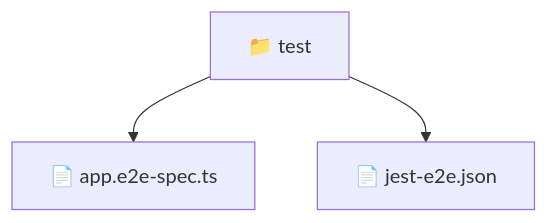
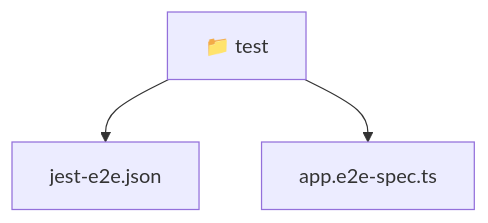
The diagram in backend/test/README.md (beginwebdev2002/fullstack-mavluda), drawn with Mermaid before and after one commit. The commit also changed other lines of this file and 167 other files, not shown here.

````diff
--- a/backend/test/README.md
+++ b/backend/test/README.md
@@ -9,6 +9,8 @@
 ```mermaid
 graph TD
-  Root["📁 test"]
-  Root --> app_e2e_spec_ts["📄 app.e2e-spec.ts"]
-  Root --> jest_e2e_json["📄 jest-e2e.json"]
+  Root_test["📁 test"]
+  f_jest_e2e_json["jest-e2e.json"]
+  Root_test --> f_jest_e2e_json
+  f_app_e2e_spec_ts["app.e2e-spec.ts"]
+  Root_test --> f_app_e2e_spec_ts
 ```
````
